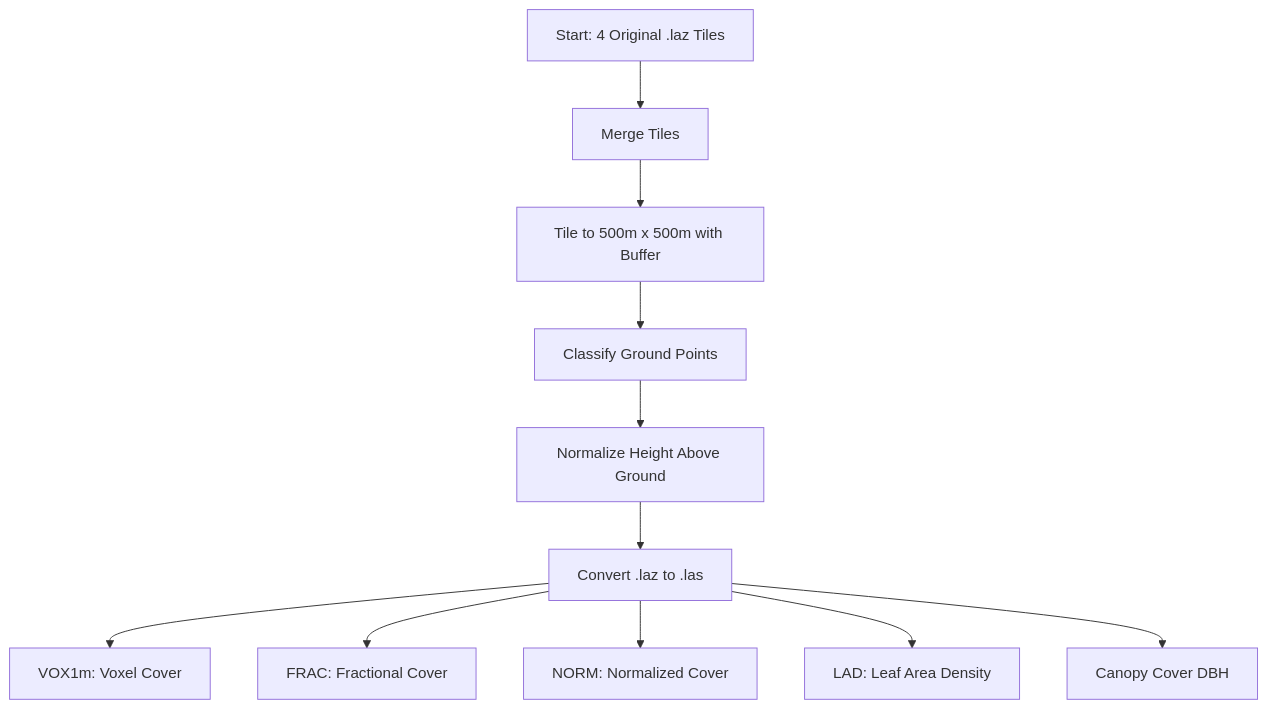
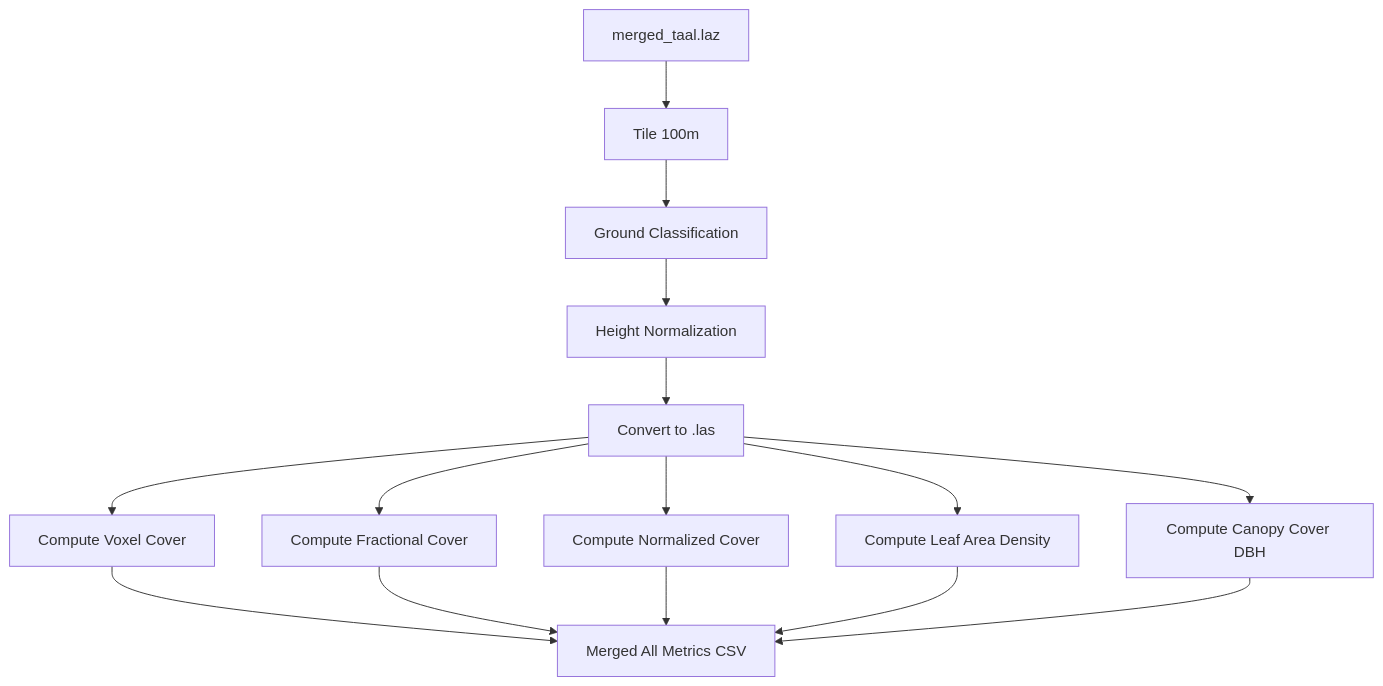
Before and after one commit to jarencecasisirano/taal-lidar-understory: the diagram in README.md, drawn with Mermaid. The commit also changed other lines of this file, not shown here.

````diff
--- a/README.md
+++ b/README.md
@@ -72,13 +63,17 @@
 ```mermaid
 graph TD
-  A[Start: 4 Original .laz Tiles] --> B[Merge Tiles ]
-  B --> C[Tile to 500m x 500m with Buffer ]
-  C --> D[Classify Ground Points ]
-  D --> E[Normalize Height Above Ground ]
-  E --> F[Convert .laz to .las ]
-  F --> G[VOX1m: Voxel Cover ]
-  F --> H[FRAC: Fractional Cover ]
-  F --> I[NORM: Normalized Cover ]
-  F --> J[LAD: Leaf Area Density ]
-  F --> K[Canopy Cover DBH ]
+  A[merged_taal.laz] --> B[Tile 100m]
+  B --> C[Ground Classification]
+  C --> D[Height Normalization]
+  D --> E[Convert to .las]
+  E --> F1[Compute Voxel Cover]
+  E --> F2[Compute Fractional Cover]
+  E --> F3[Compute Normalized Cover]
+  E --> F4[Compute Leaf Area Density]
+  E --> F5[Compute Canopy Cover DBH]
+  F1 --> G[Merged All Metrics CSV]
+  F2 --> G
+  F3 --> G
+  F4 --> G
+  F5 --> G
 ```
````
